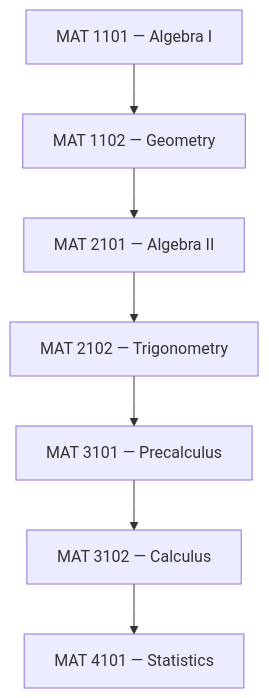
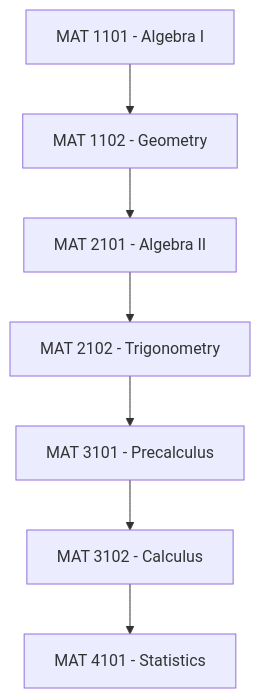
The ninth of 29 diagrams in RIAH-PATHWAY-CURRICULUM-STRUCTURE/RIAH-PATHWAY-HIGH-SCHOOL-STRUCTURE/HIGH-SCHOOL-STRUCTURE.md (RIAHPathway/Website-Draft), drawn with Mermaid before and after one commit. The commit also changed other lines of this file, not shown here.

Commit message:
Repair High School Mermaid rendering compatibility

````diff
--- a/RIAH-PATHWAY-CURRICULUM-STRUCTURE/RIAH-PATHWAY-HIGH-SCHOOL-STRUCTURE/HIGH-SCHOOL-STRUCTURE.md
+++ b/RIAH-PATHWAY-CURRICULUM-STRUCTURE/RIAH-PATHWAY-HIGH-SCHOOL-STRUCTURE/HIGH-SCHOOL-STRUCTURE.md
@@ -593,16 +593,16 @@
 ```mermaid
-flowchart TD
-    N0["MAT 1101 — Algebra I"]
-    N1["MAT 1102 — Geometry"]
-    N2["MAT 2101 — Algebra II"]
-    N3["MAT 2102 — Trigonometry"]
-    N4["MAT 3101 — Precalculus"]
-    N5["MAT 3102 — Calculus"]
-    N6["MAT 4101 — Statistics"]
+graph TD
+    N0["MAT 1101 - Algebra I"]
+    N1["MAT 1102 - Geometry"]
+    N2["MAT 2101 - Algebra II"]
+    N3["MAT 2102 - Trigonometry"]
+    N4["MAT 3101 - Precalculus"]
+    N5["MAT 3102 - Calculus"]
+    N6["MAT 4101 - Statistics"]
     N0 --> N1
     N1 --> N2
     N2 --> N3
     N3 --> N4
     N4 --> N5
     N5 --> N6
 ```
````
